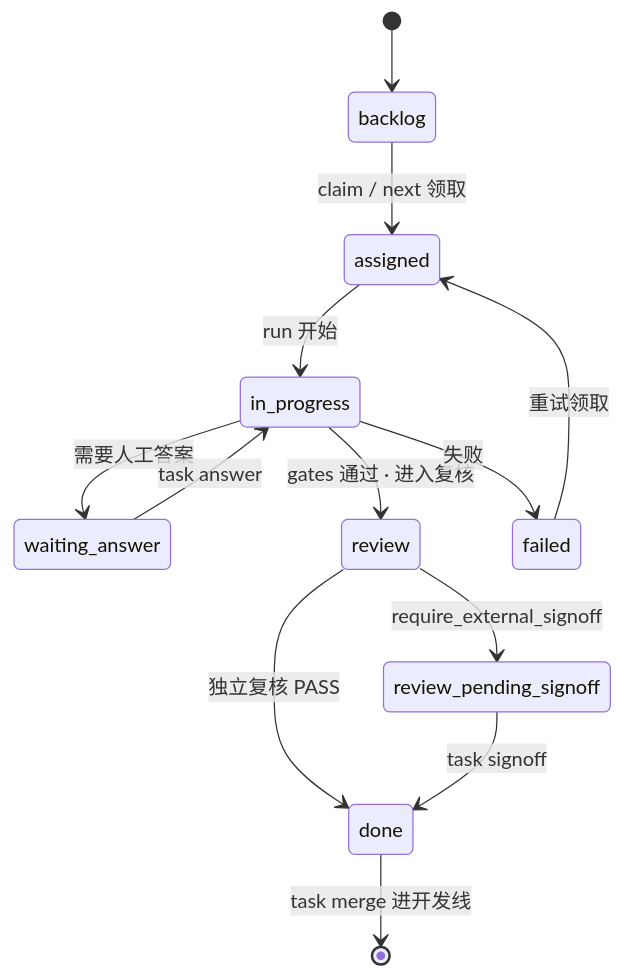
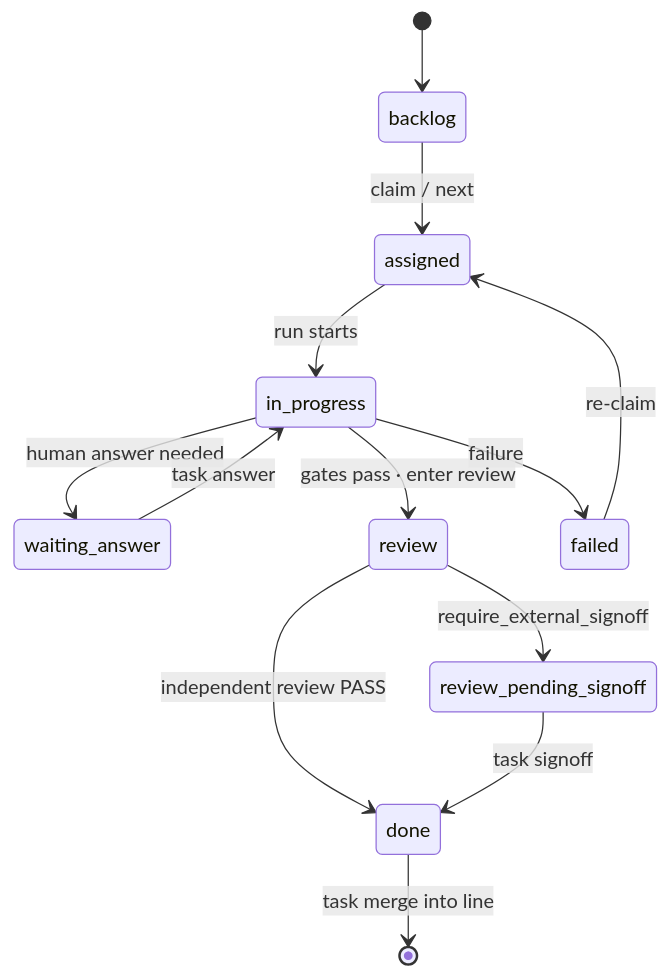
Before and after one commit to DandreYang/DyroEngineeringFlow: the diagram in docs/images/diagrams/src/03-task-state-machine.mmd, drawn with Mermaid. The commit also changed 46 other files, not shown here.

First line of the commit message:
docs: README 内嵌中英 Mermaid 图示并移除 PNG

```diff
--- a/docs/images/diagrams/src/03-task-state-machine.mmd
+++ b/docs/images/diagrams/src/03-task-state-machine.mmd
@@ -1,13 +1,13 @@
 stateDiagram-v2
   [*] --> backlog
-  backlog --> assigned: claim / next 领取
-  assigned --> in_progress: run 开始
-  in_progress --> waiting_answer: 需要人工答案
+  backlog --> assigned: claim / next
+  assigned --> in_progress: run starts
+  in_progress --> waiting_answer: human answer needed
   waiting_answer --> in_progress: task answer
-  in_progress --> review: gates 通过 · 进入复核
-  in_progress --> failed: 失败
-  failed --> assigned: 重试领取
+  in_progress --> review: gates pass · enter review
+  in_progress --> failed: failure
+  failed --> assigned: re-claim
   review --> review_pending_signoff: require_external_signoff
-  review --> done: 独立复核 PASS
+  review --> done: independent review PASS
   review_pending_signoff --> done: task signoff
-  done --> [*]: task merge 进开发线
+  done --> [*]: task merge into line
```
